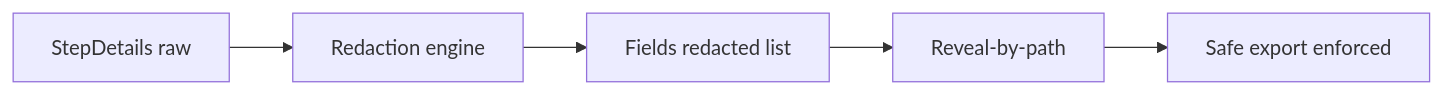
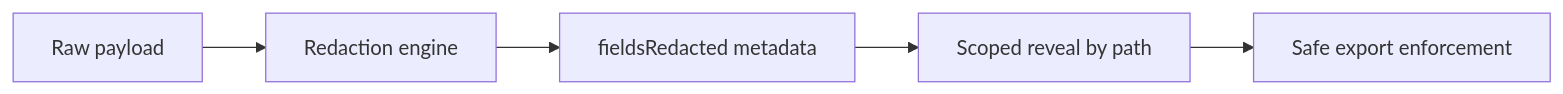
One commit to jlov7/agent-director changed the sixth of 6 diagrams in docs/architecture.md. Above: the diagram before and after it, drawn with Mermaid. The commit also changed other lines of this file and 12 other files, not shown here.

````diff
--- a/docs/architecture.md
+++ b/docs/architecture.md
@@ -75,7 +141,7 @@
 ```mermaid
 flowchart LR
-  A[StepDetails raw] --> B[Redaction engine]
-  B --> C[Fields redacted list]
-  C --> D[Reveal-by-path]
-  D --> E[Safe export enforced]
+  A["Raw payload"] --> B["Redaction engine"]
+  B --> C["fieldsRedacted metadata"]
+  C --> D["Scoped reveal by path"]
+  D --> E["Safe export enforcement"]
 ```
````
